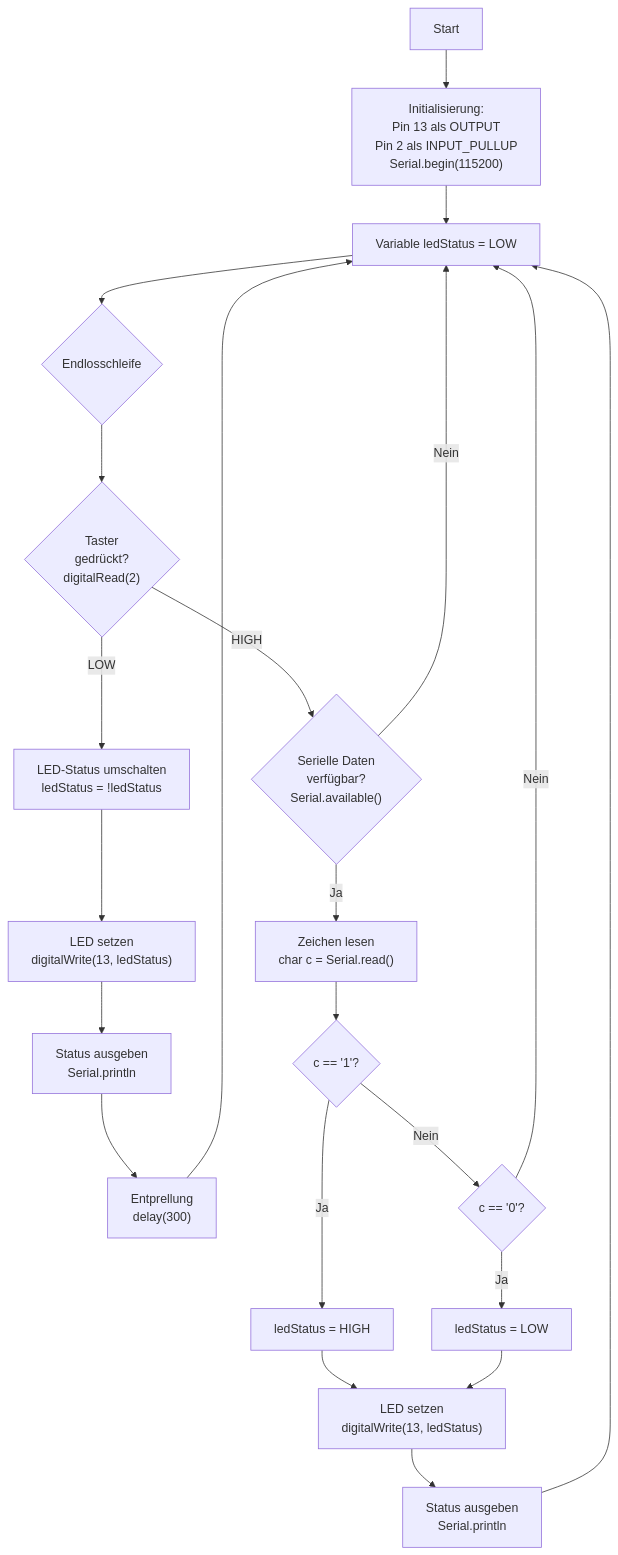
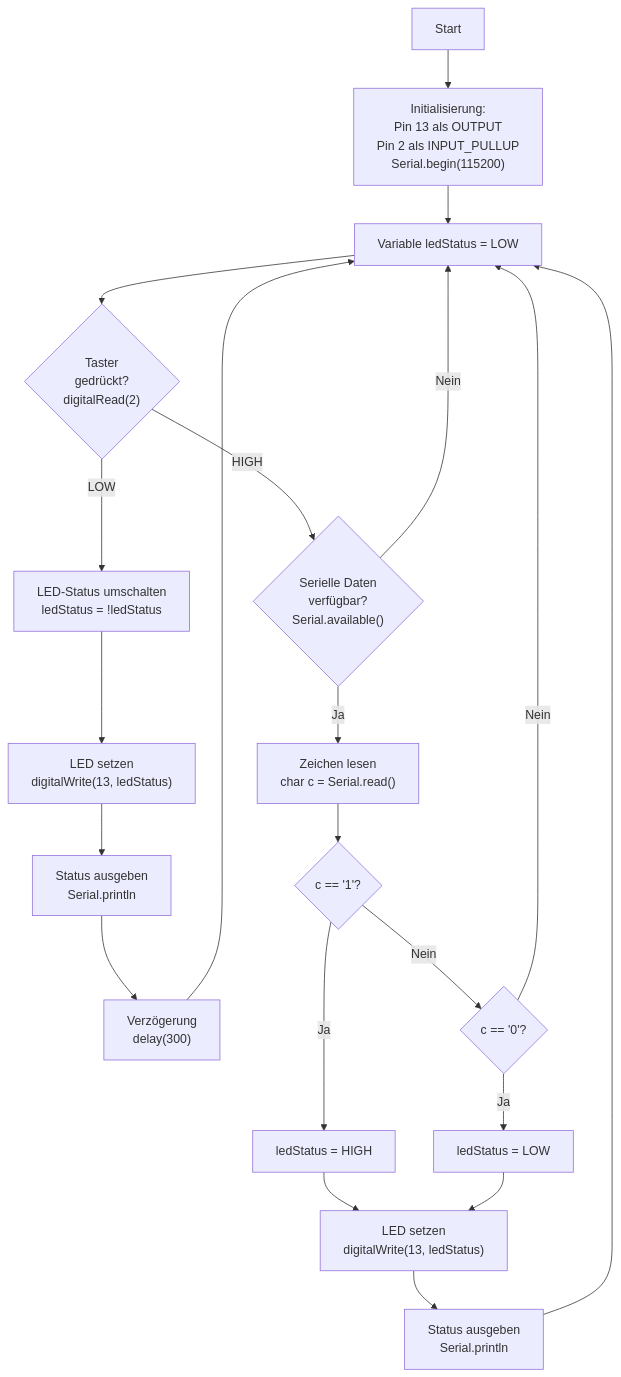
The diagram in 3_Uebungsbeispiele/beispiel_1b_loesung.md (jahnhtl/embedded_systems), drawn with Mermaid before and after one commit. The commit also changed other lines of this file and 17 other files, not shown here.

````diff
--- a/3_Uebungsbeispiele/beispiel_1b_loesung.md
+++ b/3_Uebungsbeispiele/beispiel_1b_loesung.md
@@ -12,24 +12,23 @@
 ```mermaid
 graph TD
     A["Start"] --> B["Initialisierung:<br/>Pin 13 als OUTPUT<br/>Pin 2 als INPUT_PULLUP<br/>Serial.begin(115200)"]
-    B --> C["Variable ledStatus = LOW"]
-    C --> D{"Endlosschleife"}
+    B --> D["Variable ledStatus = LOW"]
     D --> E{"Taster<br/>gedrückt?<br/>digitalRead(2)"}
     E -->|LOW| F["LED-Status umschalten<br/>ledStatus = !ledStatus"]
     F --> G["LED setzen<br/>digitalWrite(13, ledStatus)"]
     G --> H["Status ausgeben<br/>Serial.println"]
-    H --> I["Entprellung<br/>delay(300)"]
-    I --> C
+    H --> I["Verzögerung<br/>delay(300)"]
+    I --> D
     E -->|HIGH| J{"Serielle Daten<br/>verfügbar?<br/>Serial.available()"}
     J -->|Ja| K["Zeichen lesen<br/>char c = Serial.read()"]
     K --> L{"c == '1'?"}
     L -->|Ja| M["ledStatus = HIGH"]
     L -->|Nein| N{"c == '0'?"}
     N -->|Ja| O["ledStatus = LOW"]
     M --> P["LED setzen<br/>digitalWrite(13, ledStatus)"]
     O --> P
     P --> Q["Status ausgeben<br/>Serial.println"]
-    Q --> C
-    N -->|Nein| C
-    J -->|Nein| C
+    Q --> D
+    N -->|Nein| D
+    J -->|Nein| D
 ```
````
